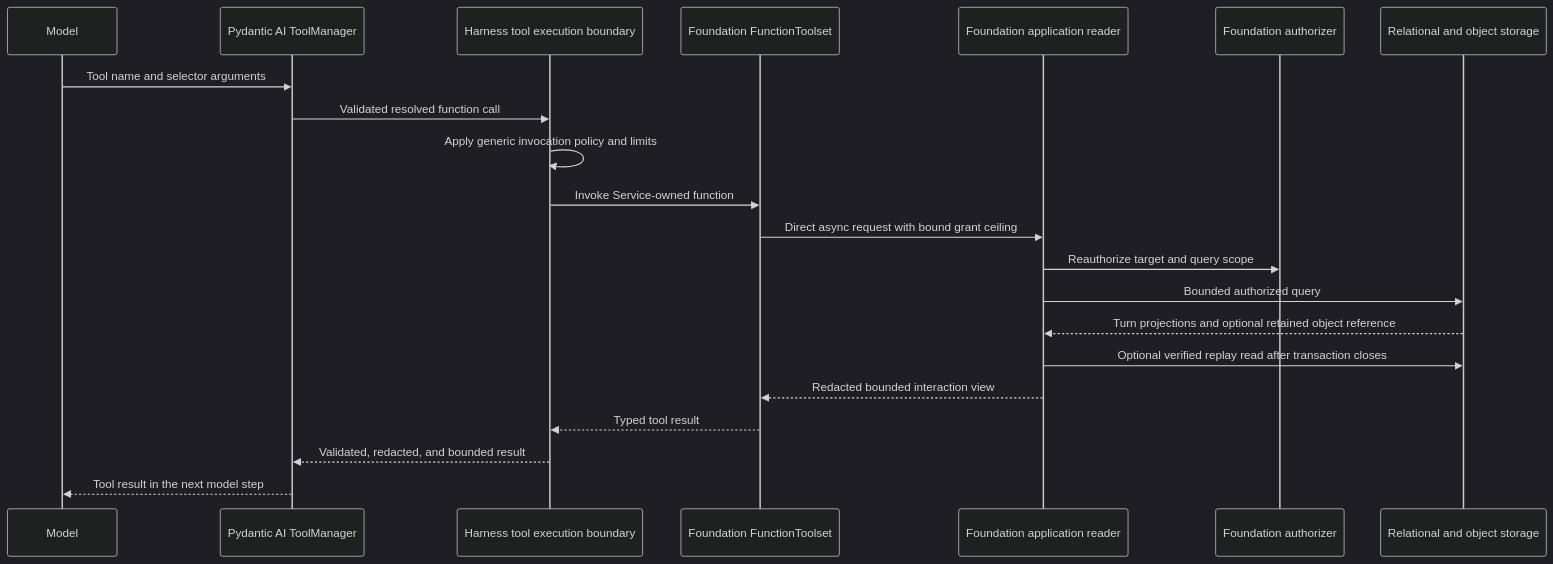
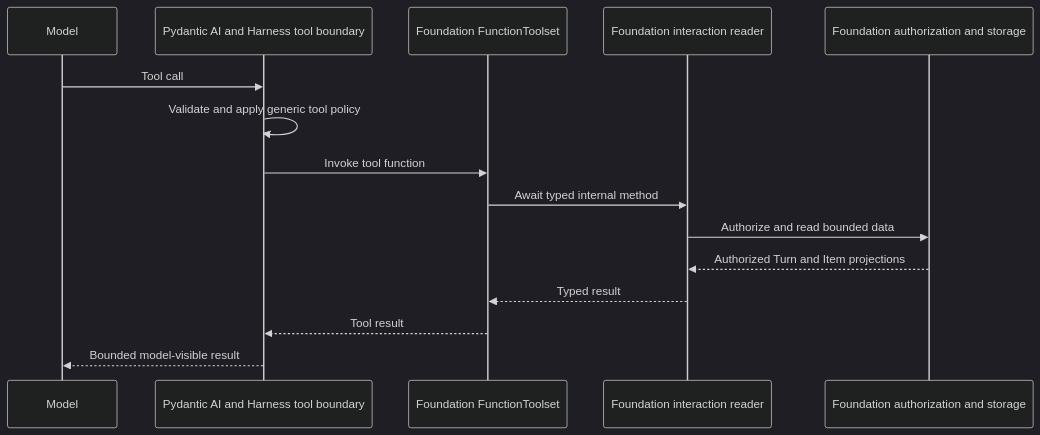
Before and after one commit to converge-ai-labs/agent-foundation: the diagram in spec/foundation-service/15-agent-interaction-retrieval.md, drawn with Mermaid (dark theme). The commit also changed other lines of this file and 8 other files, not shown here.

````diff
--- a/spec/foundation-service/15-agent-interaction-retrieval.md
+++ b/spec/foundation-service/15-agent-interaction-retrieval.md
@@ -373,24 +115,18 @@
 ```mermaid
 sequenceDiagram
     participant Model
-    participant Manager as Pydantic AI ToolManager
-    participant Boundary as Harness tool execution boundary
+    participant Harness as Pydantic AI and Harness tool boundary
     participant Toolset as Foundation FunctionToolset
-    participant Reader as Foundation application reader
-    participant Policy as Foundation authorizer
-    participant Store as Relational and object storage
+    participant Reader as Foundation interaction reader
+    participant Data as Foundation authorization and storage
 
-    Model->>Manager: Tool name and selector arguments
-    Manager->>Boundary: Validated resolved function call
-    Boundary->>Boundary: Apply generic invocation policy and limits
-    Boundary->>Toolset: Invoke Service-owned function
-    Toolset->>Reader: Direct async request with bound grant ceiling
-    Reader->>Policy: Reauthorize target and query scope
-    Reader->>Store: Bounded authorized query
-    Store-->>Reader: Turn projections and optional retained object reference
-    Reader->>Store: Optional verified replay read after transaction closes
-    Reader-->>Toolset: Redacted bounded interaction view
-    Toolset-->>Boundary: Typed tool result
-    Boundary-->>Manager: Validated, redacted, and bounded result
-    Manager-->>Model: Tool result in the next model step
+    Model->>Harness: Tool call
+    Harness->>Harness: Validate and apply generic tool policy
+    Harness->>Toolset: Invoke tool function
+    Toolset->>Reader: Await typed internal method
+    Reader->>Data: Authorize and read bounded data
+    Data-->>Reader: Authorized Turn and Item projections
+    Reader-->>Toolset: Typed result
+    Toolset-->>Harness: Tool result
+    Harness-->>Model: Bounded model-visible result
 ```
````
